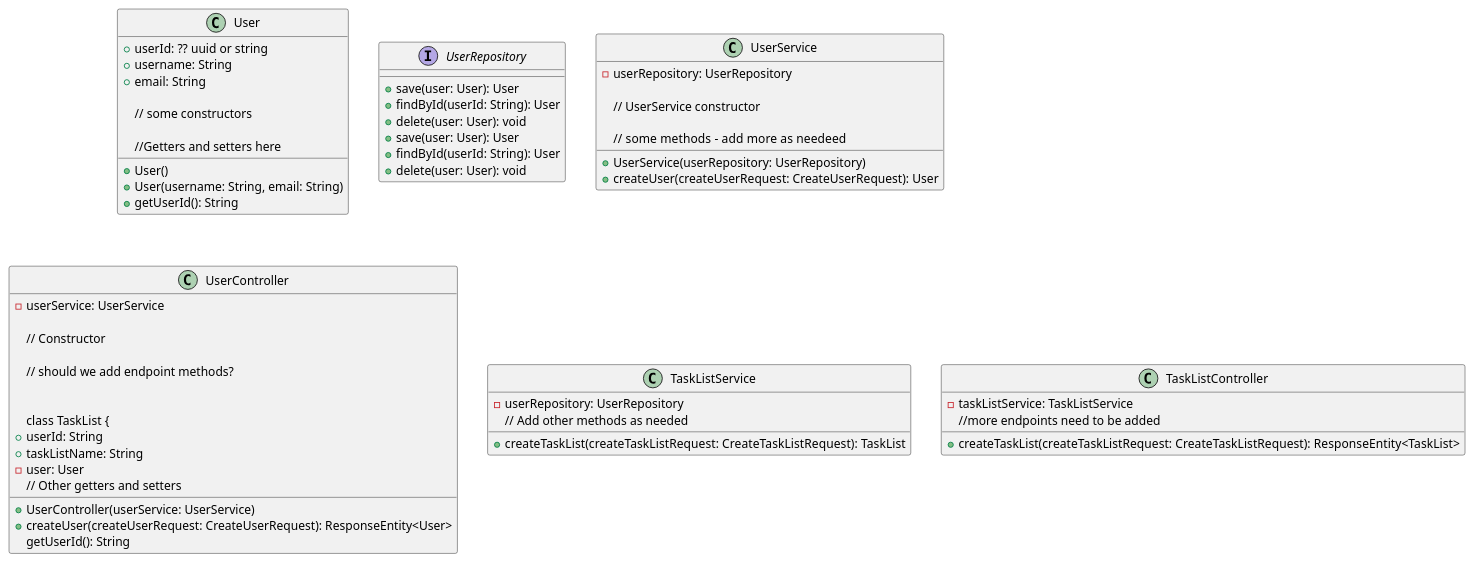
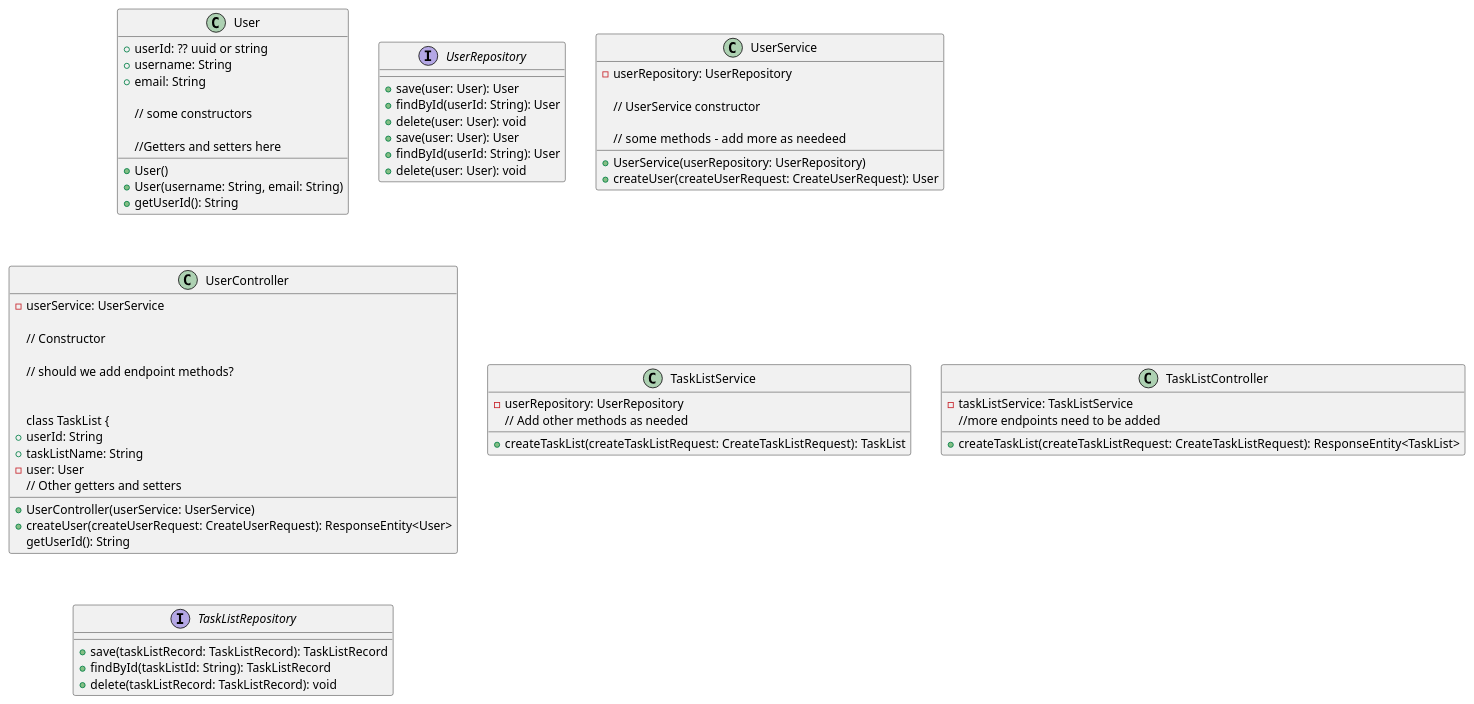
The diagram in Streamline.puml (adam-knight1/streamline), drawn with PlantUML before and after one commit. The commit also changed 2 other files, not shown here.

Commit message:
Created TaskListRepository and TaskListRecord, added TaskListRepository to Streamline.puml

```diff
--- a/Streamline.puml
+++ b/Streamline.puml
@@ -1,68 +1,74 @@
 @startuml
 
 class User {
 +userId: ?? uuid or string
 +username: String
 +email: String
 
  // some constructors
 +User()
 +User(username: String, email: String)
 
 //Getters and setters here
 +getUserId(): String
 
 }
 interface UserRepository {
 +save(user: User): User
 +findById(userId: String): User
 +delete(user: User): void
 }
 class UserService {
 -userRepository: UserRepository
 
 // UserService constructor
 +UserService(userRepository: UserRepository)
 
 // some methods -  add more as needeed
 +createUser(createUserRequest: CreateUserRequest): User
 
 }
 
 class UserController {
 -userService: UserService
 
 // Constructor
 +UserController(userService: UserService)
 
 // should we add endpoint methods?
 +createUser(createUserRequest: CreateUserRequest): ResponseEntity<User>
 
 
 class TaskList {
 +userId: String
 +taskListName: String
 -user: User
 getUserId(): String
   // Other getters and setters
 }
 
 interface UserRepository {
 +save(user: User): User
  +findById(userId: String): User
 +delete(user: User): void
 }
 
 class TaskListService {
   -userRepository: UserRepository
   +createTaskList(createTaskListRequest: CreateTaskListRequest): TaskList
   // Add other methods as needed
 }
 
 class TaskListController {
 -taskListService: TaskListService
 +createTaskList(createTaskListRequest: CreateTaskListRequest): ResponseEntity<TaskList>
   //more endpoints need to be added
 }
+
+interface TaskListRepository {
++save(taskListRecord: TaskListRecord): TaskListRecord
++findById(taskListId: String): TaskListRecord
++delete(taskListRecord: TaskListRecord): void
+}
 }
 @enduml
```
